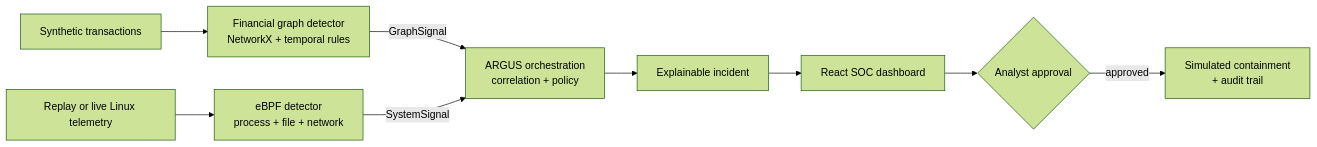
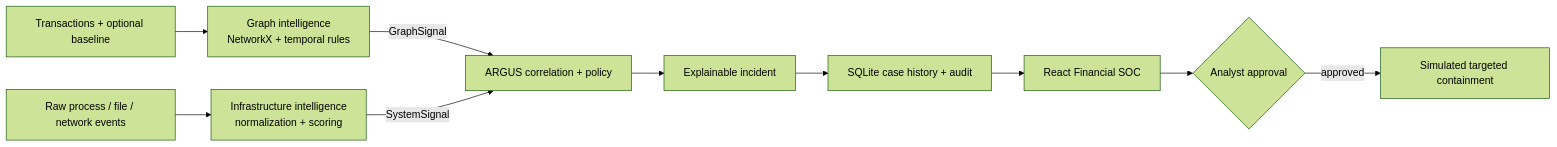
The diagram in README.md (pratyushdeosingh/ARGUS_CSI), drawn with Mermaid (forest theme) before and after one commit. The commit also changed other lines of this file and 29 other files, not shown here.

````diff
--- a/README.md
+++ b/README.md
@@ -29,11 +35,12 @@
 ```mermaid
 flowchart LR
-    TX["Synthetic transactions"] --> GRAPH["Financial graph detector<br/>NetworkX + temporal rules"]
-    SYS["Replay or live Linux telemetry"] --> EBPF["eBPF detector<br/>process + file + network"]
-    GRAPH -->|"GraphSignal"| CORE["ARGUS orchestration<br/>correlation + policy"]
-    EBPF -->|"SystemSignal"| CORE
+    INPUT["Transactions + optional baseline"] --> GRAPH["Graph intelligence<br/>NetworkX + temporal rules"]
+    TELEMETRY["Raw process / file / network events"] --> EBPF["Infrastructure intelligence<br/>normalization + scoring"]
+    GRAPH -->|GraphSignal| CORE["ARGUS correlation + policy"]
+    EBPF -->|SystemSignal| CORE
     CORE --> INCIDENT["Explainable incident"]
-    INCIDENT --> UI["React SOC dashboard"]
-    UI --> APPROVAL{"Analyst approval"}
-    APPROVAL -->|"approved"| ACTIONS["Simulated containment<br/>+ audit trail"]
+    INCIDENT --> STORE["SQLite case history + audit"]
+    STORE --> UI["React Financial SOC"]
+    UI --> HUMAN{"Analyst approval"}
+    HUMAN -->|approved| ACTIONS["Simulated targeted containment"]
 ```
````
